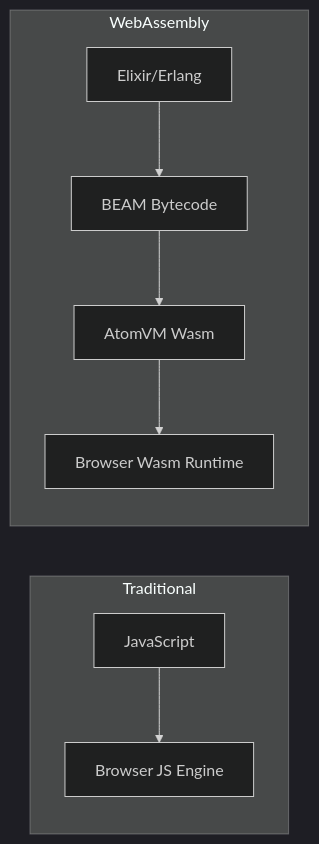
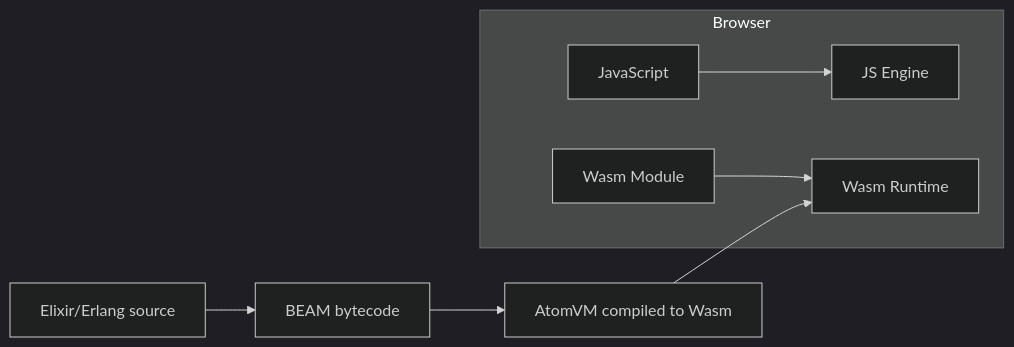
One commit to TORIFUKUKaiou/elixir-browser-eval changed the first of 2 diagrams in README.md. Above: the diagram before and after it, drawn with Mermaid (dark theme). The commit also changed other lines of this file, not shown here.

Commit message:
Improve Wasm explanation and architecture diagrams

````diff
--- a/README.md
+++ b/README.md
@@ -13,11 +13,10 @@
 ```mermaid
 flowchart LR
-    subgraph Traditional
-        A[JavaScript] --> B[Browser JS Engine]
+    subgraph Browser
+        JS[JavaScript] --> JSE[JS Engine]
+        WASM[Wasm Module] --> WR[Wasm Runtime]
     end
-    subgraph WebAssembly
-        C[Elixir/Erlang] --> D[BEAM Bytecode]
-        D --> E[AtomVM Wasm]
-        E --> F[Browser Wasm Runtime]
-    end
+    ELX[Elixir/Erlang source] --> BEAM[BEAM bytecode]
+    BEAM --> AVM[AtomVM compiled to Wasm]
+    AVM --> WR
 ```
````
